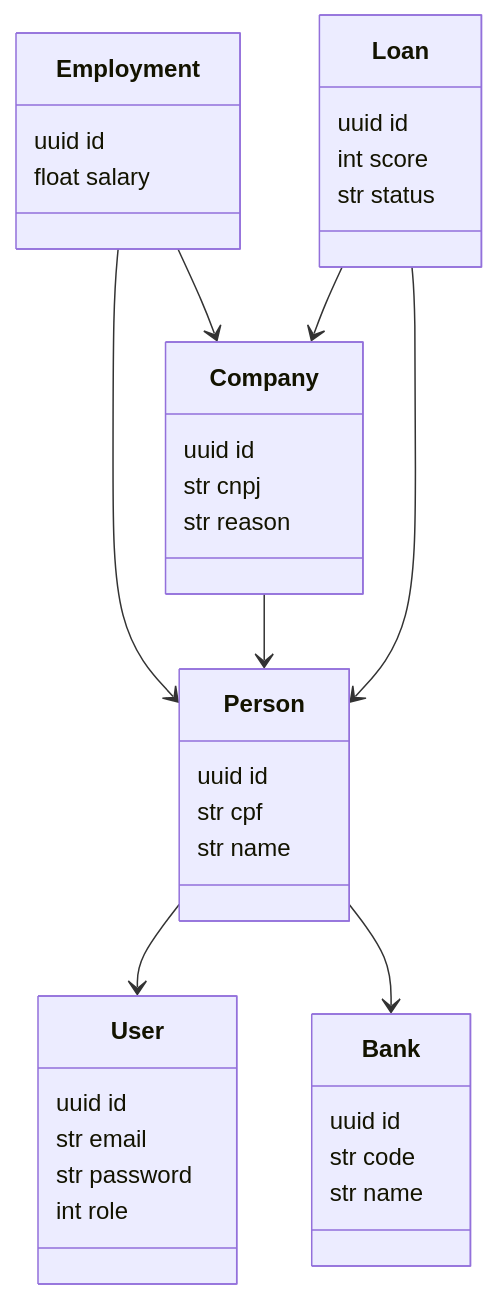
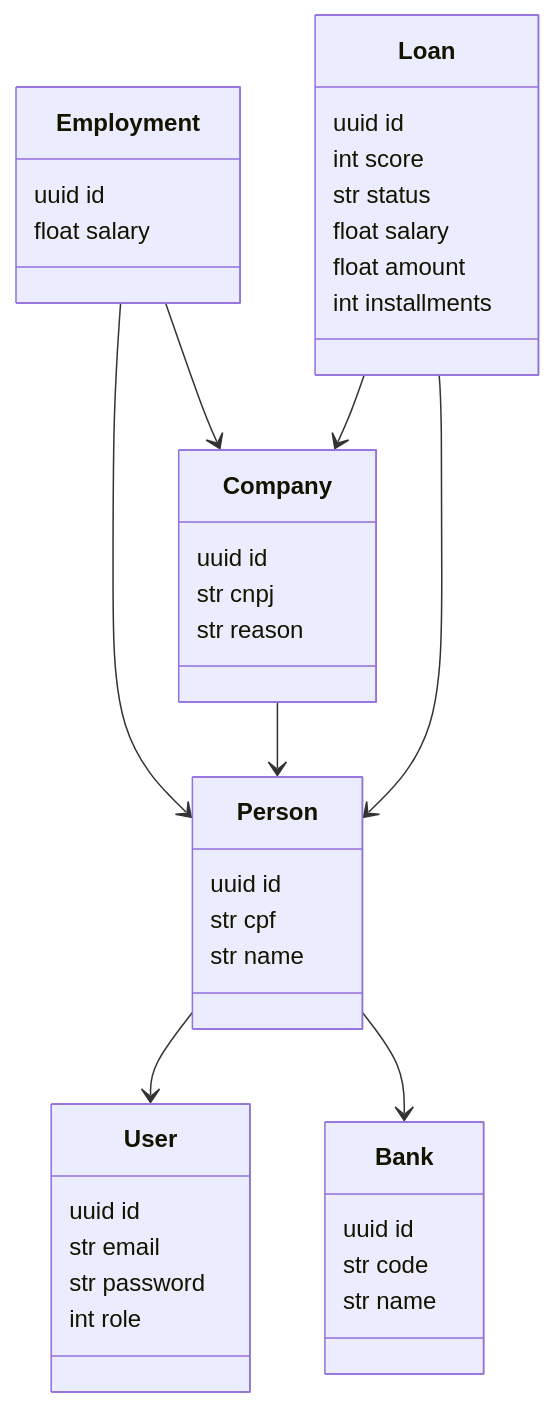
The diagram in README.md (artphil/auto_credit), drawn with Mermaid before and after one commit.

Commit message:
doc: update relationships

````diff
--- a/README.md
+++ b/README.md
@@ -51,29 +51,32 @@
 ```mermaid
 classDiagram
 Person: uuid id
 Person: str cpf
 Person: str name
 User: uuid id
 User: str email
 User: str password
 User: int role
 Company: uuid id
 Company: str cnpj
 Company: str reason
 Employment: uuid id
 Employment: float salary
 Bank: uuid id
 Bank: str code
 Bank: str name
 Loan: uuid id
 Loan: int score
 Loan: str status
+Loan: float salary
+Loan: float amount
+Loan: int installments
 
 Person --> User
 Employment --> Person
 Employment --> Company
 Company --> Person
 Person --> Bank
 Loan --> Person
 Loan --> Company
 ```
````
